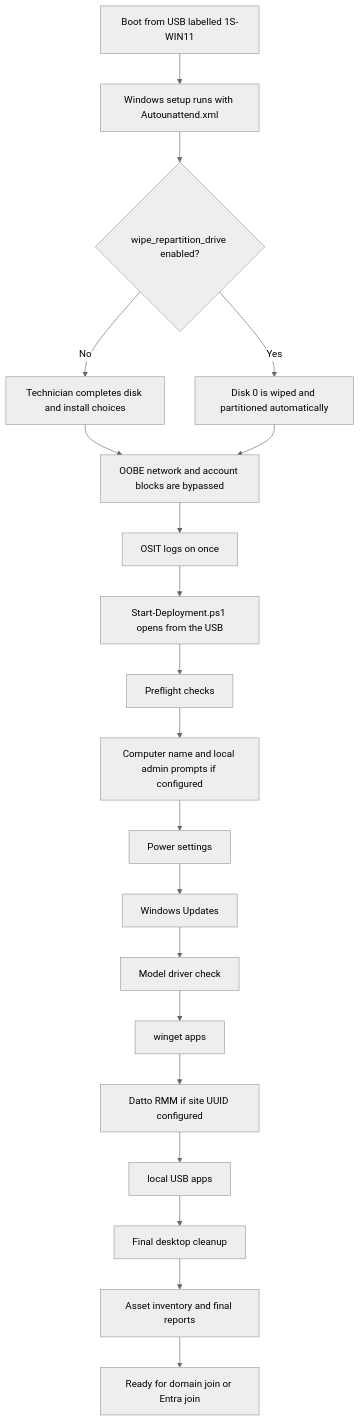
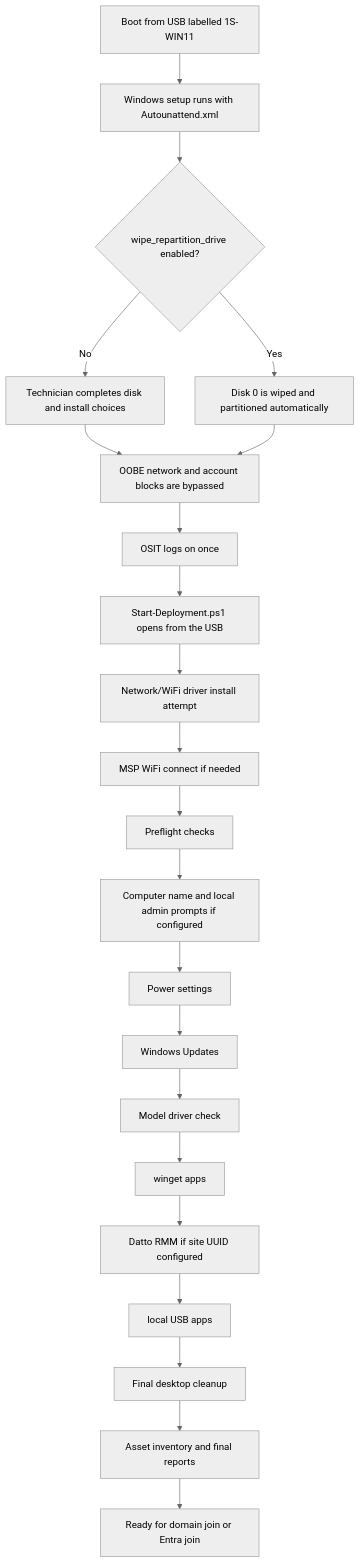
The first of 2 diagrams in README.md (robin-collins/Win11-USB), drawn with Mermaid (neutral theme) before and after one commit. The commit also changed other lines of this file and 14 other files, not shown here.

Commit message:
feat: add new network driver packages and preflight check script to deployment source

````diff
--- a/README.md
+++ b/README.md
@@ -11,22 +11,24 @@
 ```mermaid
 flowchart TD
   A["Boot from USB labelled 1S-WIN11"] --> B["Windows setup runs with Autounattend.xml"]
   B --> C{"wipe_repartition_drive enabled?"}
   C -->|"No"| D["Technician completes disk and install choices"]
   C -->|"Yes"| E["Disk 0 is wiped and partitioned automatically"]
   D --> F["OOBE network and account blocks are bypassed"]
   E --> F
   F --> G["OSIT logs on once"]
   G --> H["Start-Deployment.ps1 opens from the USB"]
-  H --> I["Preflight checks"]
+  H --> H2["Network/WiFi driver install attempt"]
+  H2 --> H3["MSP WiFi connect if needed"]
+  H3 --> I["Preflight checks"]
   I --> J["Computer name and local admin prompts if configured"]
   J --> K["Power settings"]
   K --> L["Windows Updates"]
   L --> M["Model driver check"]
   M --> N["winget apps"]
   N --> O["Datto RMM if site UUID configured"]
   O --> P["local USB apps"]
   P --> Q["Final desktop cleanup"]
   Q --> R["Asset inventory and final reports"]
   R --> S["Ready for domain join or Entra join"]
 ```
````
